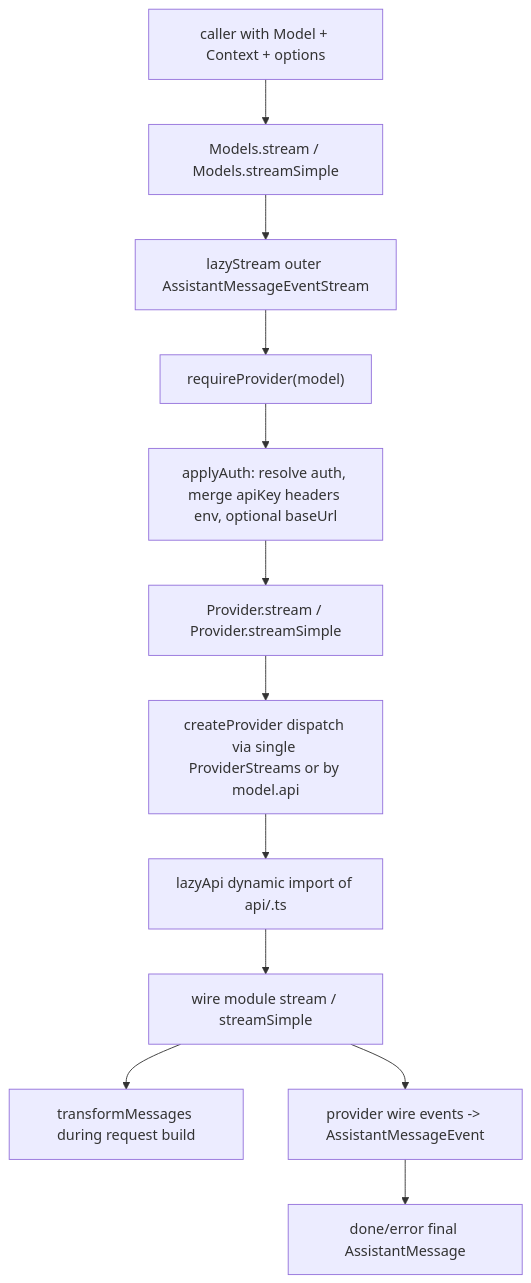
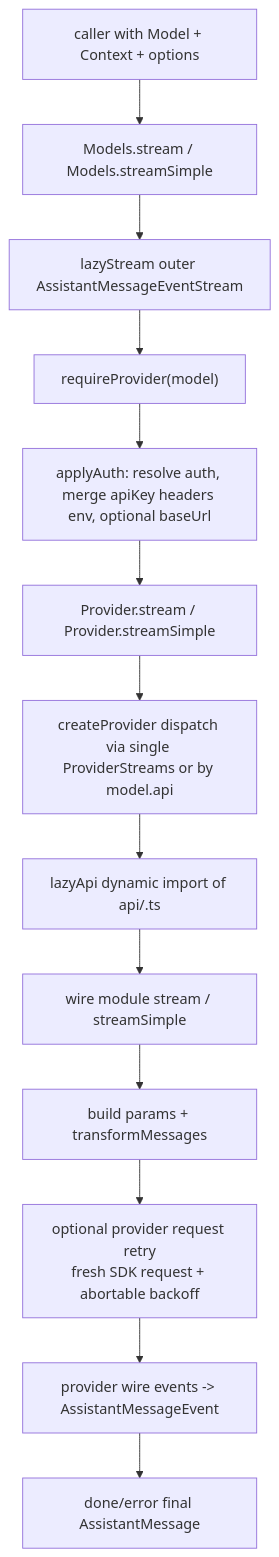
The diagram in docs/llm-wiki/pi/spine/provider-stream.md (wdnmdtonyma/SOTA-Agent-LLM-Wiki), drawn with Mermaid before and after one commit. The commit also changed other lines of this file and 245 other files, not shown here.

````diff
--- a/docs/llm-wiki/pi/spine/provider-stream.md
+++ b/docs/llm-wiki/pi/spine/provider-stream.md
@@ -42,14 +45,15 @@
 ```mermaid
 flowchart TD
   Caller["caller with Model + Context + options"] --> Models["Models.stream / Models.streamSimple"]
   Models --> LazyOuter["lazyStream outer AssistantMessageEventStream"]
   LazyOuter --> ProviderLookup["requireProvider(model)"]
   ProviderLookup --> Auth["applyAuth: resolve auth, merge apiKey headers env, optional baseUrl"]
   Auth --> Provider["Provider.stream / Provider.streamSimple"]
   Provider --> Dispatch["createProvider dispatch via single ProviderStreams or by model.api"]
   Dispatch --> LazyApi["lazyApi dynamic import of api/<name>.ts"]
   LazyApi --> Wire["wire module stream / streamSimple"]
-  Wire --> Transform["transformMessages during request build"]
-  Wire --> Normalize["provider wire events -> AssistantMessageEvent"]
+  Wire --> Transform["build params + transformMessages"]
+  Transform --> Retry["optional provider request retry<br/>fresh SDK request + abortable backoff"]
+  Retry --> Normalize["provider wire events -> AssistantMessageEvent"]
   Normalize --> Result["done/error final AssistantMessage"]
 ```
````
